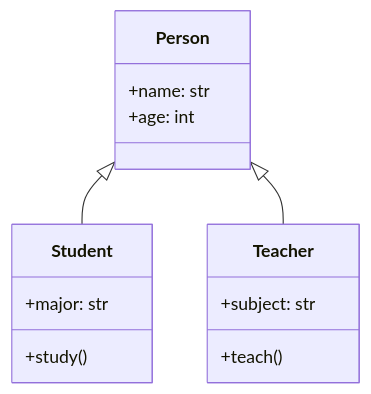
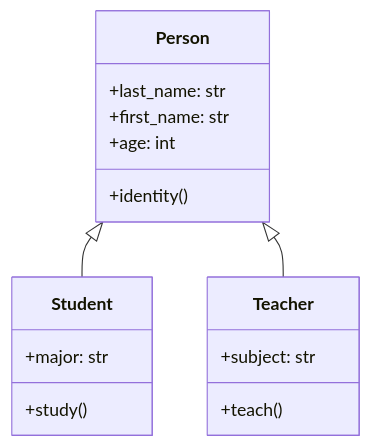
Diagram 12 of 21 in README.md (Lagmouchyoussef/Python-Practical-Works), drawn with Mermaid before and after one commit. The commit also changed other lines of this file, not shown here.

````diff
--- a/README.md
+++ b/README.md
@@ -328,20 +313,22 @@
 ```mermaid
 classDiagram
     class Person {
-        +name: str
+        +last_name: str
+        +first_name: str
         +age: int
+        +identity()
     }
     
     class Student {
         +major: str
         +study()
     }
     
     class Teacher {
         +subject: str
         +teach()
     }
     
     Person <|-- Student
     Person <|-- Teacher
 ```
````
